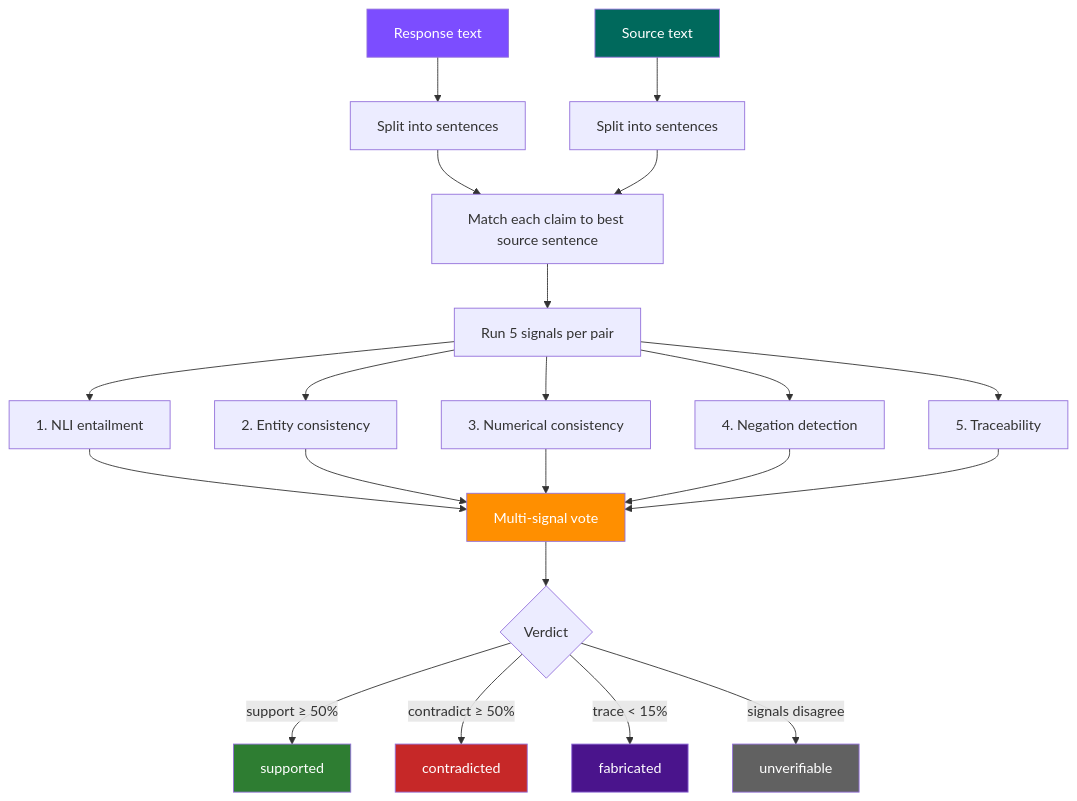
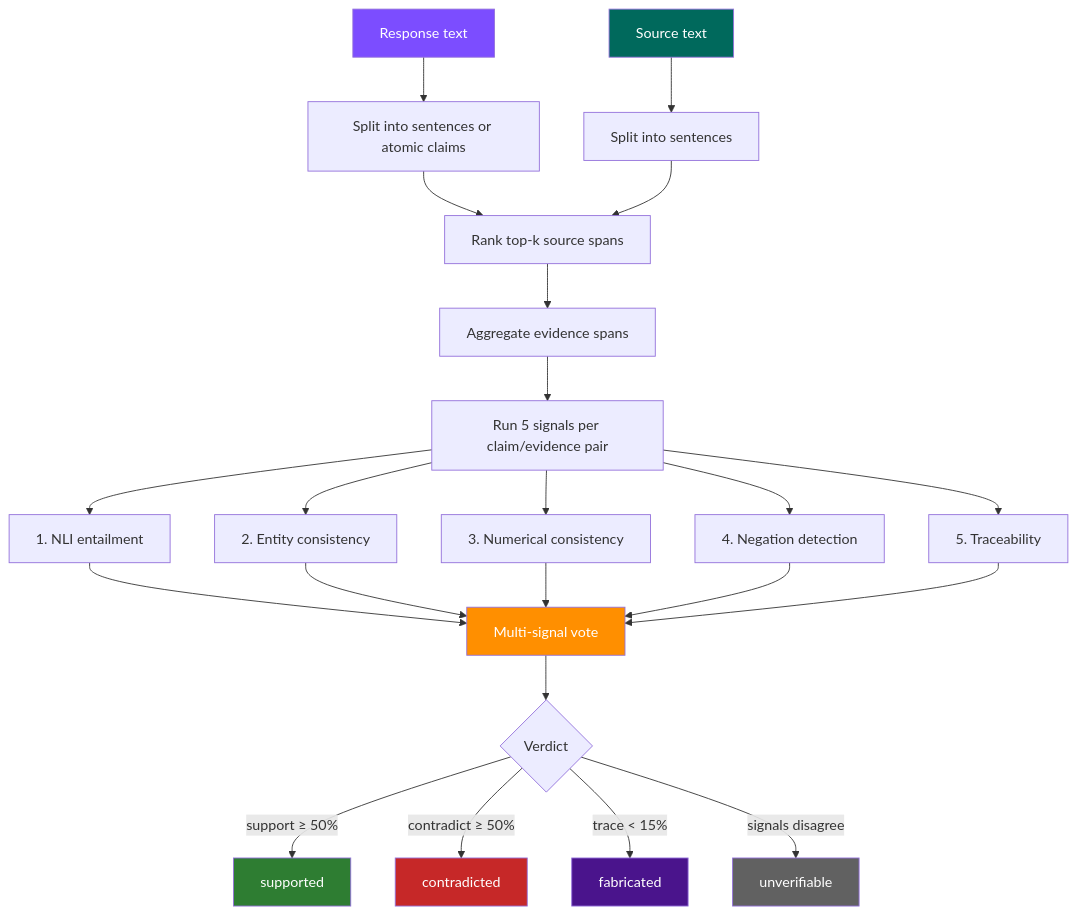
One commit to anulum/director-ai changed the first of 2 diagrams in docs-site/api/verified-scorer.md. Above: the diagram before and after it, drawn with Mermaid. The commit also changed other lines of this file and 3 other files, not shown here.

````diff
--- a/docs-site/api/verified-scorer.md
+++ b/docs-site/api/verified-scorer.md
@@ -11,31 +11,32 @@
 ```mermaid
 graph TD
-    R["Response text"] --> SPLIT_R["Split into sentences"]
+    R["Response text"] --> SPLIT_R["Split into sentences or atomic claims"]
     S["Source text"] --> SPLIT_S["Split into sentences"]
-    SPLIT_R --> MATCH["Match each claim to best source sentence"]
+    SPLIT_R --> MATCH["Rank top-k source spans"]
     SPLIT_S --> MATCH
-    MATCH --> SIG["Run 5 signals per pair"]
+    MATCH --> AGG["Aggregate evidence spans"]
+    AGG --> SIG["Run 5 signals per claim/evidence pair"]
     SIG --> NLI["1. NLI entailment"]
     SIG --> ENT["2. Entity consistency"]
     SIG --> NUM["3. Numerical consistency"]
     SIG --> NEG["4. Negation detection"]
     SIG --> TRC["5. Traceability"]
     NLI --> VOTE["Multi-signal vote"]
     ENT --> VOTE
     NUM --> VOTE
     NEG --> VOTE
     TRC --> VOTE
     VOTE --> VER{Verdict}
     VER -->|"support ≥ 50%"| SUP["supported"]
     VER -->|"contradict ≥ 50%"| CON["contradicted"]
     VER -->|"trace < 15%"| FAB["fabricated"]
     VER -->|"signals disagree"| UNV["unverifiable"]
 
     style R fill:#7c4dff,color:#fff
     style S fill:#00695c,color:#fff
     style VOTE fill:#ff8f00,color:#fff
     style SUP fill:#2e7d32,color:#fff
     style CON fill:#c62828,color:#fff
     style FAB fill:#4a148c,color:#fff
     style UNV fill:#616161,color:#fff
 ```
````
